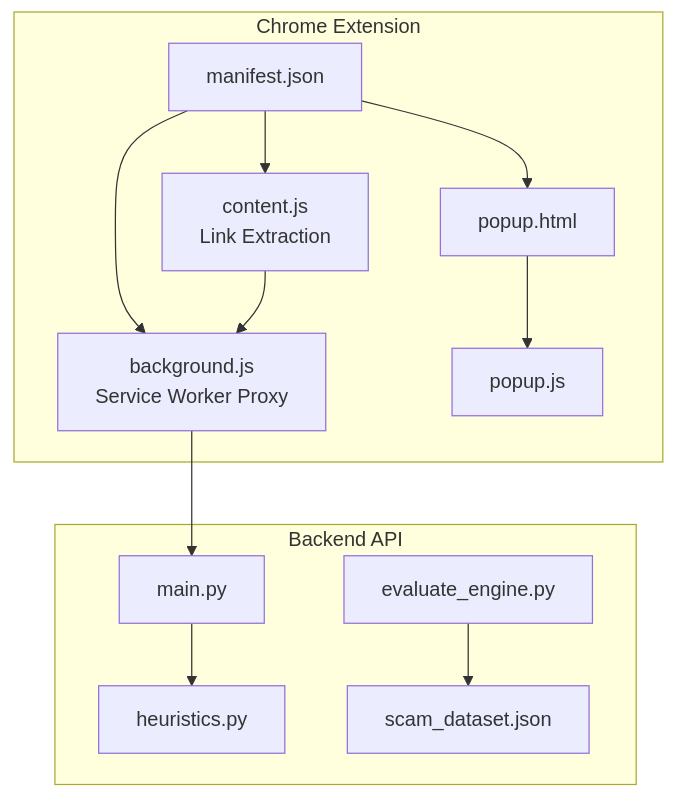
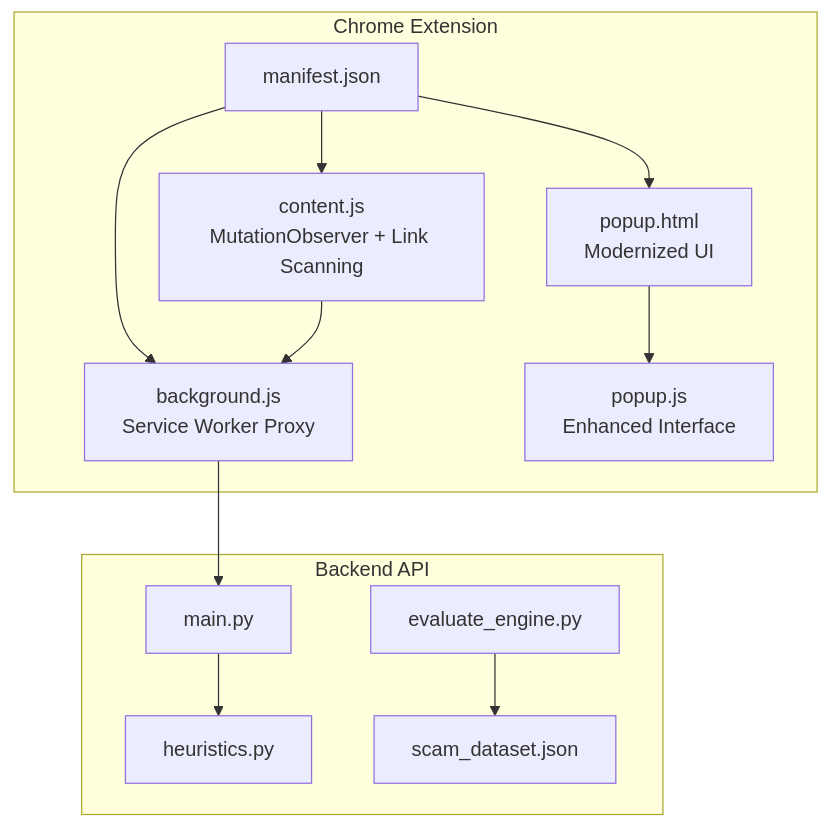
Before and after one commit to Aymanaahh/scrollguard-ai: the first of 7 diagrams in .qoder/repowiki/en/content/Chrome Extension Development.md, drawn with Mermaid. The commit also changed other lines of this file and 18 other files, not shown here.

````diff
--- a/.qoder/repowiki/en/content/Chrome Extension Development.md
+++ b/.qoder/repowiki/en/content/Chrome Extension Development.md
@@ -48,24 +48,24 @@
 ```mermaid
 graph TB
 subgraph "Chrome Extension"
 M["manifest.json"]
 BG["background.js<br/>Service Worker Proxy"]
-C["content.js<br/>Link Extraction"]
-PHTML["popup.html"]
-PJ["popup.js"]
+C["content.js<br/>MutationObserver + Link Scanning"]
+PHTML["popup.html<br/>Modernized UI"]
+PJ["popup.js<br/>Enhanced Interface"]
 end
 subgraph "Backend API"
 MAIN["main.py"]
 HEUR["heuristics.py"]
 EVAL["evaluate_engine.py"]
 DATASET["scam_dataset.json"]
 end
 M --> BG
 M --> C
 M --> PHTML
 PHTML --> PJ
 C --> BG
 BG --> MAIN
 MAIN --> HEUR
 EVAL --> DATASET
 ```
````
